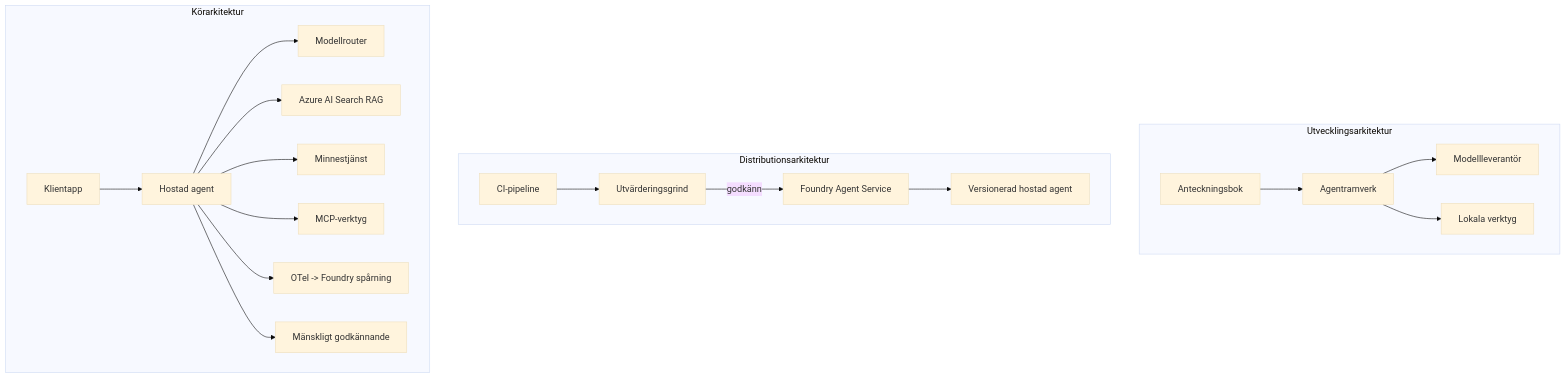
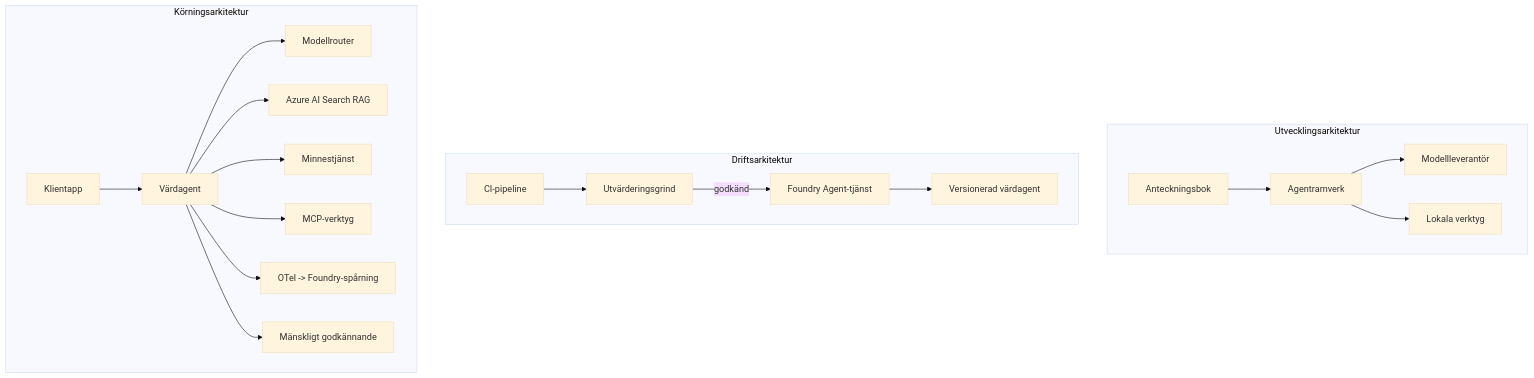
The fourth of 4 diagrams in mirrors/repos/microsoft@ai-agents-for-beginners/translations/sv/16-deploying-scalable-agents/README.md (gabrielmoreira/agent-skills-mirror), drawn with Mermaid (base theme) before and after one commit. The commit also changed other lines of this file and 4262 other files, not shown here.

````diff
--- a/mirrors/repos/microsoft@ai-agents-for-beginners/translations/sv/16-deploying-scalable-agents/README.md
+++ b/mirrors/repos/microsoft@ai-agents-for-beginners/translations/sv/16-deploying-scalable-agents/README.md
@@ -185,22 +185,22 @@
 ```mermaid
 flowchart TB
     subgraph Dev[Utvecklingsarkitektur]
         D1[Anteckningsbok] --> D2[Agentramverk]
         D2 --> D3[Modellleverantör]
         D2 --> D4[Lokala verktyg]
     end
-    subgraph Deploy[Distributionsarkitektur]
+    subgraph Deploy[Driftsarkitektur]
         E1[CI-pipeline] --> E2[Utvärderingsgrind]
-        E2 -->|godkänn| E3[Foundry Agent Service]
-        E3 --> E4[Versionerad hostad agent]
+        E2 -->|godkänd| E3[Foundry Agent-tjänst]
+        E3 --> E4[Versionerad värdagent]
     end
-    subgraph Run[Körarkitektur]
-        F1[Klientapp] --> F2[Hostad agent]
+    subgraph Run[Körningsarkitektur]
+        F1[Klientapp] --> F2[Värdagent]
         F2 --> F3[Modellrouter]
         F2 --> F4[Azure AI Search RAG]
         F2 --> F5[Minnestjänst]
         F2 --> F6[MCP-verktyg]
-        F2 --> F7[OTel -> Foundry spårning]
+        F2 --> F7[OTel -> Foundry-spårning]
         F2 --> F8[Mänskligt godkännande]
     end
 ```
````
